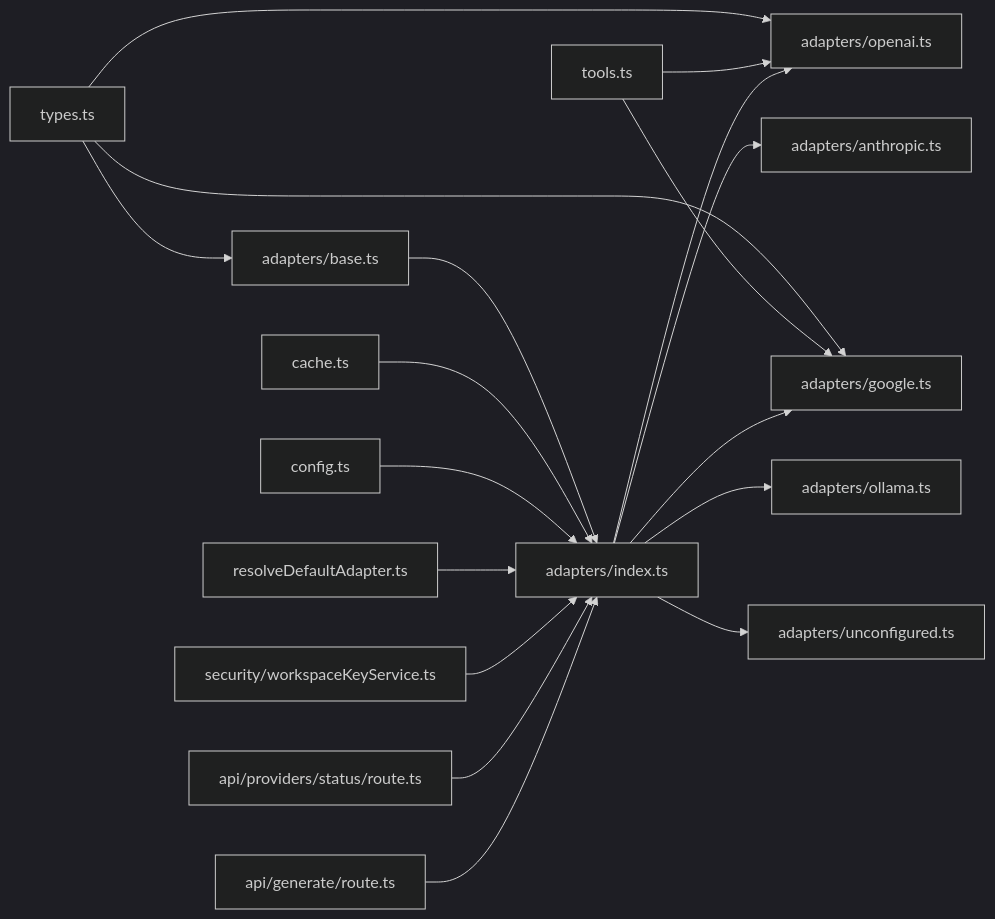
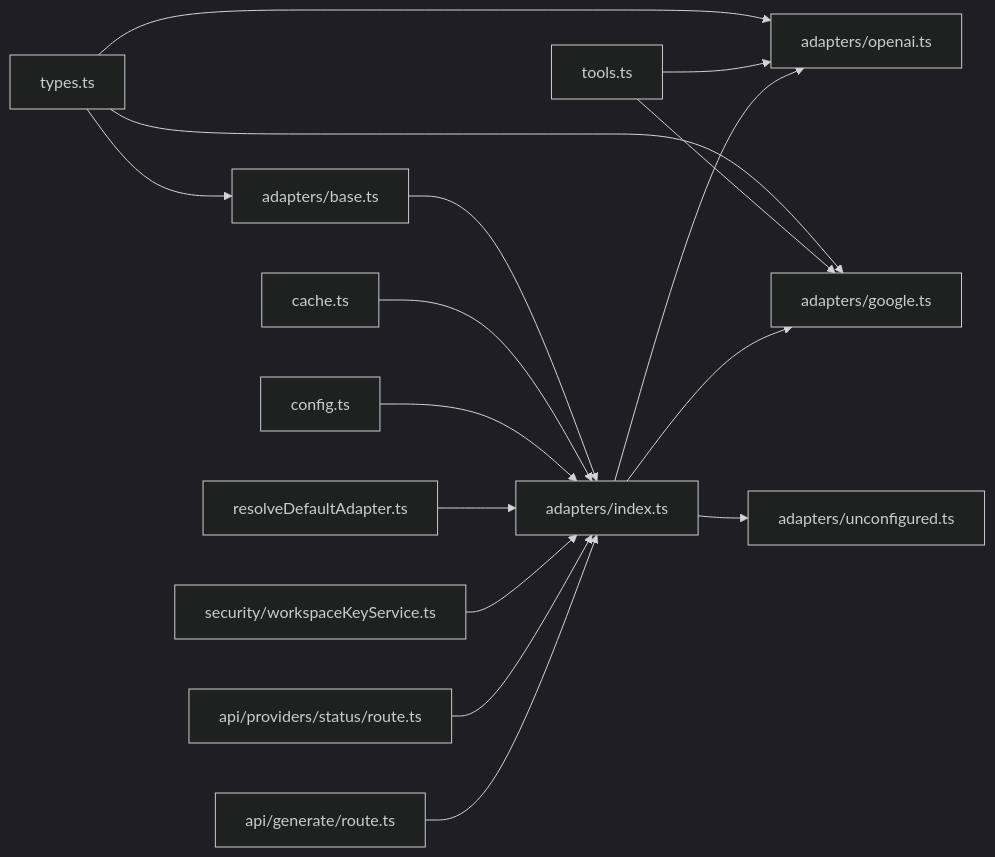
One commit to shekhargiri005-dotcom/AI-powered-accessibility-first-UI-engine changed the ninth of 9 diagrams in .qoder/repowiki/en/content/Architecture & Design/Layered Architecture/Business Logic Layer/AI Provider Adapter System.md. Above: the diagram before and after it, drawn with Mermaid (dark theme). The commit also changed other lines of this file and 10 other files, not shown here.

````diff
--- a/.qoder/repowiki/en/content/Architecture & Design/Layered Architecture/Business Logic Layer/AI Provider Adapter System.md
+++ b/.qoder/repowiki/en/content/Architecture & Design/Layered Architecture/Business Logic Layer/AI Provider Adapter System.md
@@ -486,20 +446,18 @@
 ```mermaid
 graph LR
 TYPES["types.ts"] --> BASE["adapters/base.ts"]
 TYPES --> OA["adapters/openai.ts"]
 TYPES --> GA["adapters/google.ts"]
 TOOLS["tools.ts"] --> OA
 TOOLS --> GA
 BASE --> IDX["adapters/index.ts"]
 CACHE["cache.ts"] --> IDX
 IDX --> OA
-IDX --> AA["adapters/anthropic.ts"]
 IDX --> GA
-IDX --> OLA["adapters/ollama.ts"]
 IDX --> UCA["adapters/unconfigured.ts"]
 CFG["config.ts"] --> IDX
 RDA["resolveDefaultAdapter.ts"] --> IDX
 WK["security/workspaceKeyService.ts"] --> IDX
 PS["api/providers/status/route.ts"] --> IDX
 GR["api/generate/route.ts"] --> IDX
 ```
````
